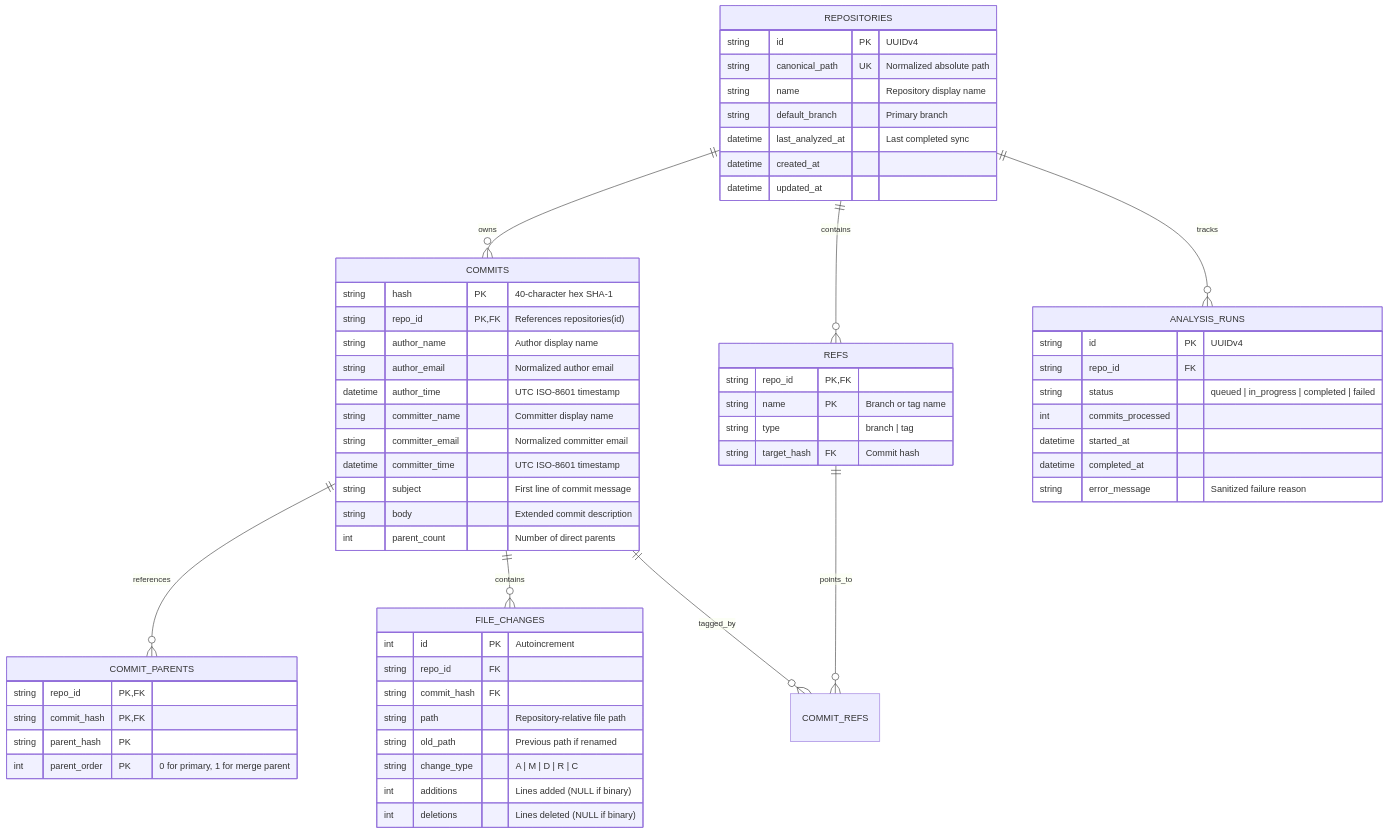
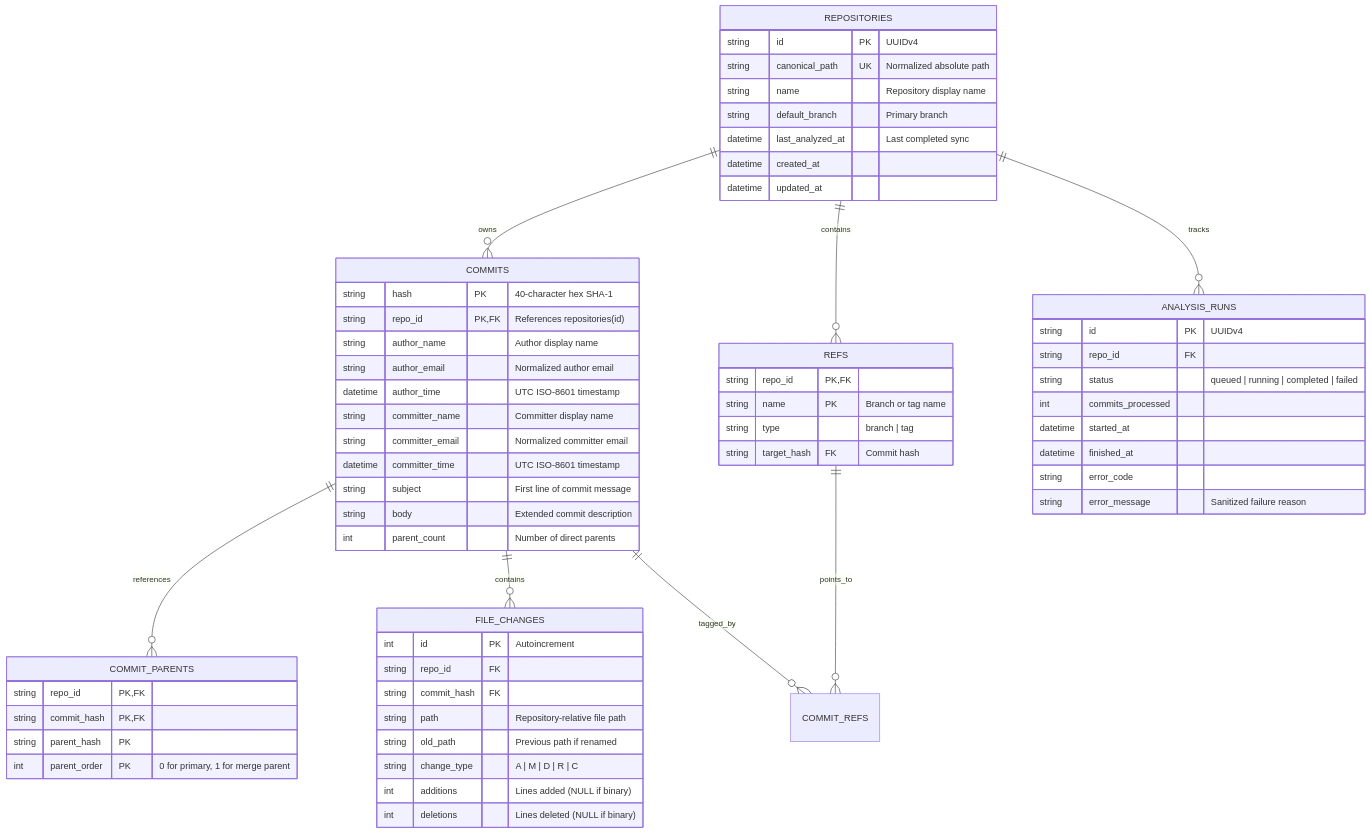
One commit to Justinianus2001/gitscope changed the third of 3 diagrams in docs/architecture.md. Above: the diagram before and after it, drawn with Mermaid. The commit also changed other lines of this file and 5 other files, not shown here.

````diff
--- a/docs/architecture.md
+++ b/docs/architecture.md
@@ -162,69 +199,70 @@
 ```mermaid
 erDiagram
     REPOSITORIES ||--o{ COMMITS : owns
     REPOSITORIES ||--o{ REFS : contains
     REPOSITORIES ||--o{ ANALYSIS_RUNS : tracks
     COMMITS ||--o{ COMMIT_PARENTS : references
     COMMITS ||--o{ FILE_CHANGES : contains
     COMMITS ||--o{ COMMIT_REFS : tagged_by
     REFS ||--o{ COMMIT_REFS : points_to
 
     REPOSITORIES {
         string id PK "UUIDv4"
         string canonical_path UK "Normalized absolute path"
         string name "Repository display name"
         string default_branch "Primary branch"
         datetime last_analyzed_at "Last completed sync"
         datetime created_at
         datetime updated_at
     }
 
     COMMITS {
         string hash PK "40-character hex SHA-1"
         string repo_id PK, FK "References repositories(id)"
         string author_name "Author display name"
         string author_email "Normalized author email"
         datetime author_time "UTC ISO-8601 timestamp"
         string committer_name "Committer display name"
         string committer_email "Normalized committer email"
         datetime committer_time "UTC ISO-8601 timestamp"
         string subject "First line of commit message"
         string body "Extended commit description"
         int parent_count "Number of direct parents"
     }
 
     COMMIT_PARENTS {
         string repo_id PK, FK
         string commit_hash PK, FK
         string parent_hash PK
         int parent_order PK "0 for primary, 1 for merge parent"
     }
 
     REFS {
         string repo_id PK, FK
         string name PK "Branch or tag name"
         string type "branch | tag"
         string target_hash FK "Commit hash"
     }
 
     FILE_CHANGES {
         int id PK "Autoincrement"
         string repo_id FK
         string commit_hash FK
         string path "Repository-relative file path"
         string old_path "Previous path if renamed"
         string change_type "A | M | D | R | C"
         int additions "Lines added (NULL if binary)"
         int deletions "Lines deleted (NULL if binary)"
     }
 
     ANALYSIS_RUNS {
         string id PK "UUIDv4"
         string repo_id FK
-        string status "queued | in_progress | completed | failed"
+        string status "queued | running | completed | failed"
         int commits_processed
         datetime started_at
-        datetime completed_at
+        datetime finished_at
+        string error_code
         string error_message "Sanitized failure reason"
     }
 ```
````
